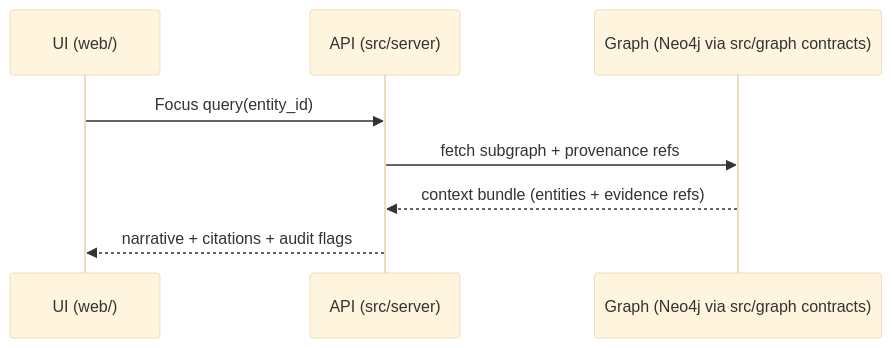
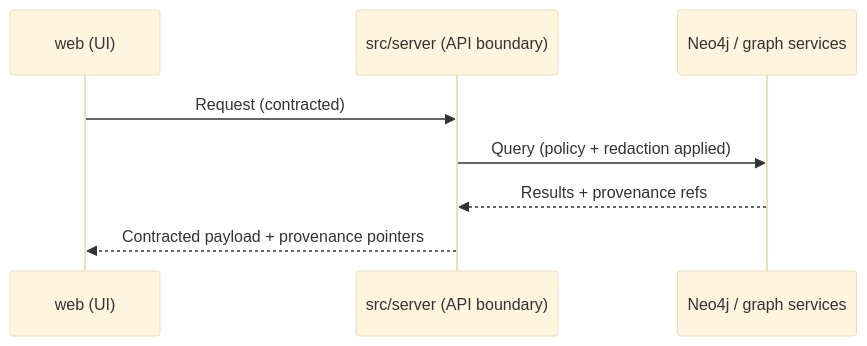
Before and after one commit to bartytime4life/Kansas-Frontier-Matrix: the second of 2 diagrams in src/README.md, drawn with Mermaid (base theme). The commit also changed other lines of this file, not shown here.

```diff
--- a/src/README.md
+++ b/src/README.md
@@ -147,10 +215,10 @@
 ~~~mermaid
 sequenceDiagram
-  participant UI as UI (web/)
-  participant API as API (src/server)
-  participant Graph as Graph (Neo4j via src/graph contracts)
-  UI->>API: Focus query(entity_id)
-  API->>Graph: fetch subgraph + provenance refs
-  Graph-->>API: context bundle (entities + evidence refs)
-  API-->>UI: narrative + citations + audit flags
+  participant UI as web (UI)
+  participant API as src/server (API boundary)
+  participant Graph as Neo4j / graph services
+  UI->>API: Request (contracted)
+  API->>Graph: Query (policy + redaction applied)
+  Graph-->>API: Results + provenance refs
+  API-->>UI: Contracted payload + provenance pointers
 ~~~
```
